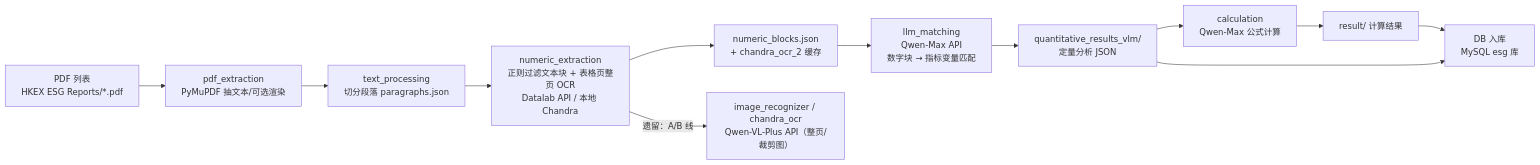
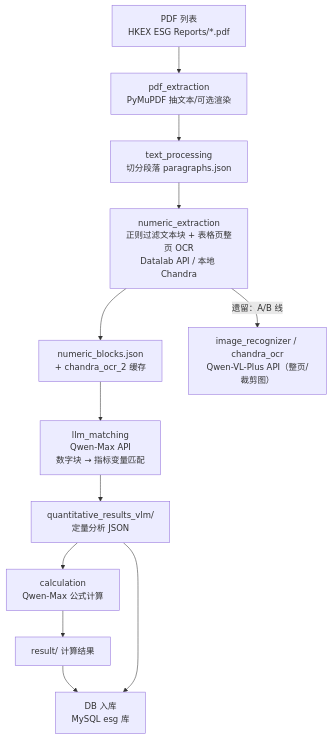
The diagram in memory_docs/ESG_Pipeline_Full_Workflow.md (Evelyn-atg/esg-sync), drawn with Mermaid before and after one commit.

Commit message:
docs: vertical flowchart (LR -> TB)

````diff
--- a/memory_docs/ESG_Pipeline_Full_Workflow.md
+++ b/memory_docs/ESG_Pipeline_Full_Workflow.md
@@ -12,14 +12,14 @@
 ```mermaid
-flowchart LR
+flowchart TB
     A["PDF 列表<br/>HKEX ESG Reports/*.pdf"] --> B["pdf_extraction<br/>PyMuPDF 抽文本/可选渲染"]
     B --> C["text_processing<br/>切分段落 paragraphs.json"]
     C --> D["numeric_extraction<br/>正则过滤文本块 + 表格页整页 OCR<br/>Datalab API / 本地 Chandra"]
     D --> E["numeric_blocks.json<br/>+ chandra_ocr_2 缓存"]
     E --> F["llm_matching<br/>Qwen-Max API<br/>数字块 → 指标变量匹配"]
     F --> G["quantitative_results_vlm/<br/>定量分析 JSON"]
     G --> H["calculation<br/>Qwen-Max 公式计算"]
     H --> I["result/ 计算结果"]
     D -->|"遗留：A/B 线"| K["image_recognizer / chandra_ocr<br/>Qwen-VL-Plus API（整页/裁剪图）"]
     I --> L["DB 入库<br/>MySQL esg 库"]
     G --> L
 ```
````
